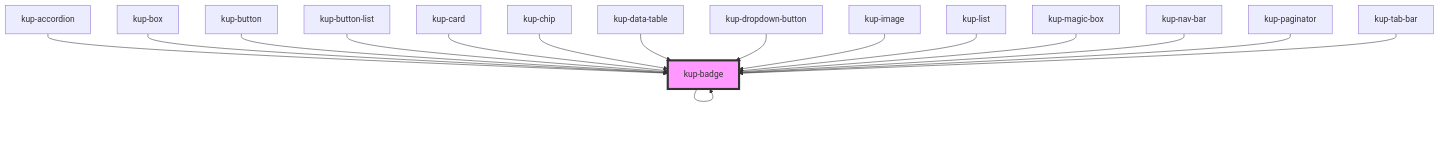
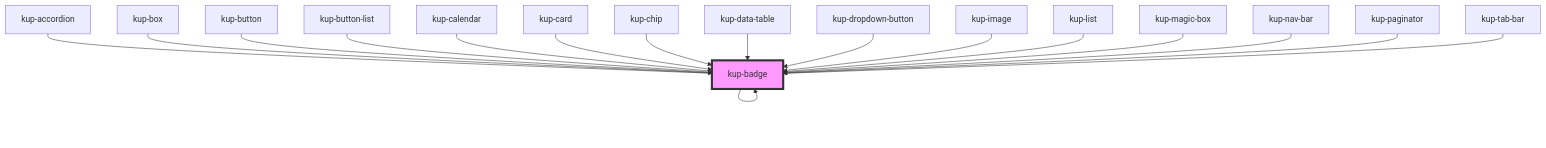
The diagram in packages/ketchup/src/components/kup-badge/readme.md (smeup/ketchup), drawn with Mermaid before and after one commit. The commit also changed other lines of this file and 9 other files, not shown here.

Commit message:
kup-calendar: added playground to showcase.

````diff
--- a/packages/ketchup/src/components/kup-badge/readme.md
+++ b/packages/ketchup/src/components/kup-badge/readme.md
@@ -80,19 +81,20 @@
 ```mermaid
 graph TD;
   kup-badge --> kup-badge
   kup-accordion --> kup-badge
   kup-box --> kup-badge
   kup-button --> kup-badge
   kup-button-list --> kup-badge
+  kup-calendar --> kup-badge
   kup-card --> kup-badge
   kup-chip --> kup-badge
   kup-data-table --> kup-badge
   kup-dropdown-button --> kup-badge
   kup-image --> kup-badge
   kup-list --> kup-badge
   kup-magic-box --> kup-badge
   kup-nav-bar --> kup-badge
   kup-paginator --> kup-badge
   kup-tab-bar --> kup-badge
   style kup-badge fill:#f9f,stroke:#333,stroke-width:4px
 ```
````
